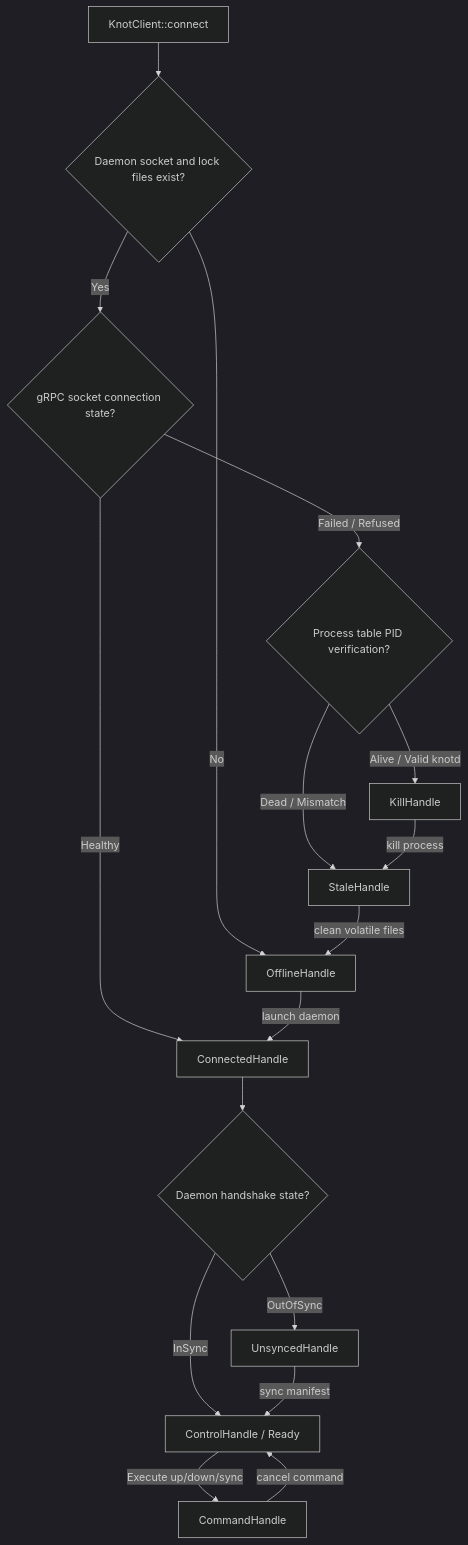
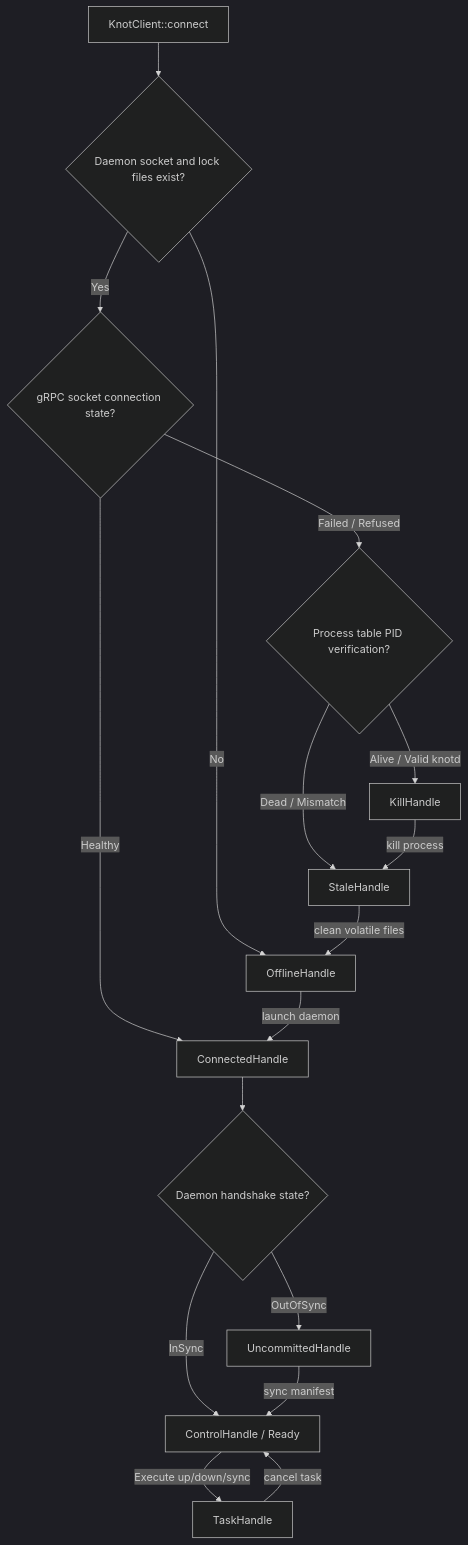
Before and after one commit to kand1ss/knot-ops: the diagram in components/sdk/facade/docs/flow.md, drawn with Mermaid (dark theme). The commit also changed 1 other file, not shown here.

Commit message:
docs(sdk): actualize sdk docs

````diff
--- a/components/sdk/facade/docs/flow.md
+++ b/components/sdk/facade/docs/flow.md
@@ -1,19 +1,19 @@
 ```mermaid
 flowchart TD
     Client[KnotClient::connect] --> QArtifacts{Daemon socket and lock files exist?}
     QArtifacts -->|No| Offline[OfflineHandle]
     QArtifacts -->|Yes| QConnection{gRPC socket connection state?}
     QConnection -->|Healthy| Connected[ConnectedHandle]
     QConnection -->|Failed / Refused| QProcess{Process table PID verification?}
     QProcess -->|Alive / Valid knotd| Kill[KillHandle]
     QProcess -->|Dead / Mismatch| Stale[StaleHandle]
     Kill -->|kill process| Stale
     Stale -->|clean volatile files| Offline
     Offline -->|launch daemon| Connected
     Connected --> QHandshake{Daemon handshake state?}
     QHandshake -->|InSync| Control[ControlHandle / Ready]
-    QHandshake -->|OutOfSync| Unsynced[UnsyncedHandle]
-    Unsynced -->|sync manifest| Control
-    Control -->|Execute up/down/sync| Command[CommandHandle]
-    Command -->|cancel command| Control
+    QHandshake -->|OutOfSync| Uncommitted[UncommittedHandle]
+    Uncommitted -->|sync manifest| Control
+    Control -->|Execute up/down/sync| Task[TaskHandle]
+    Task -->|cancel task| Control
 ```
````
